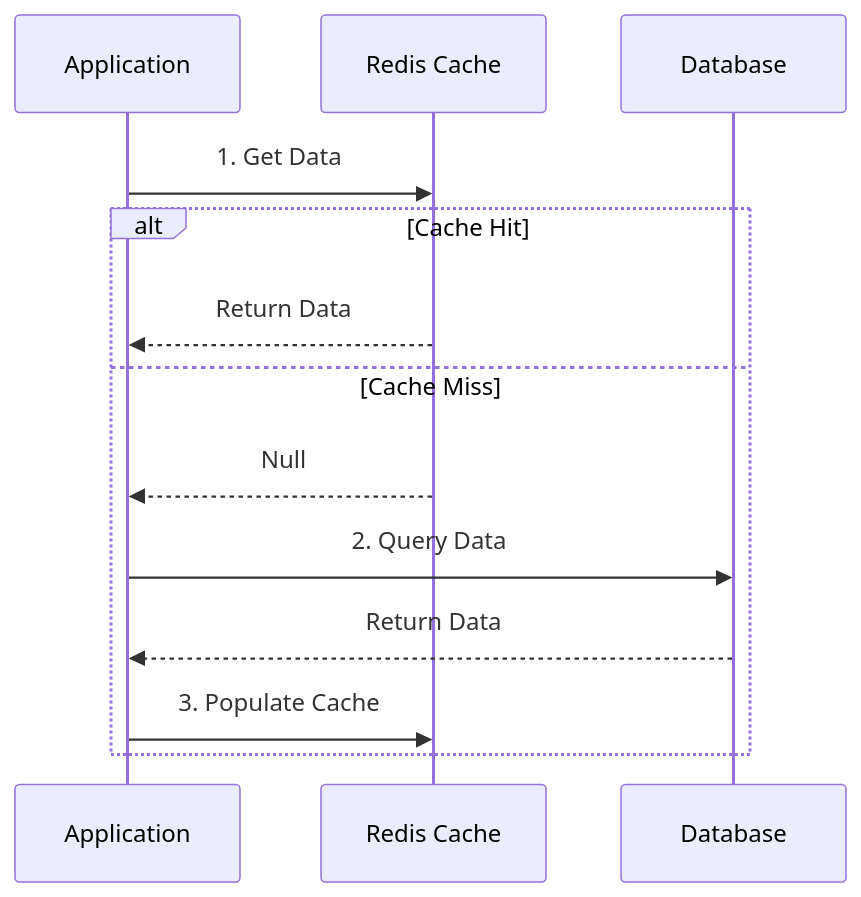
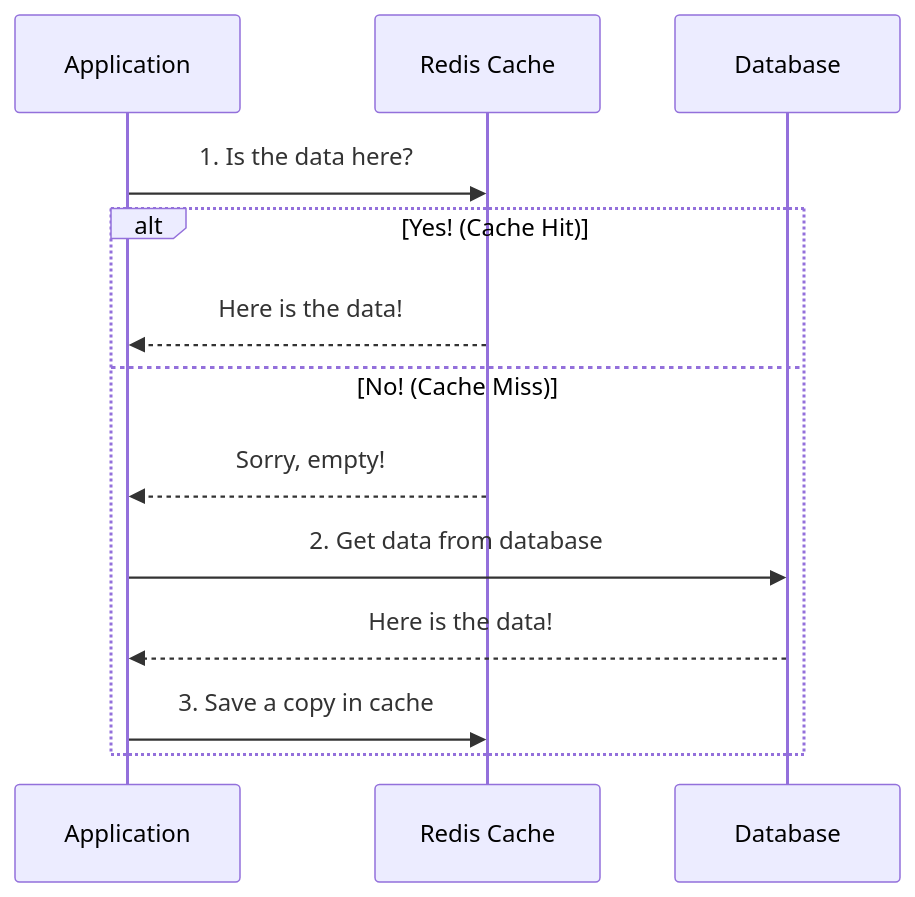
The second of 3 diagrams in basics/02_databases_caching.md (PKRacha/system-design), drawn with Mermaid before and after one commit. The commit also changed other lines of this file and 6 other files, not shown here.

````diff
--- a/basics/02_databases_caching.md
+++ b/basics/02_databases_caching.md
@@ -71,16 +64,16 @@
 ```mermaid
 sequenceDiagram
     participant App as Application
     participant Cache as Redis Cache
     participant DB as Database
     
-    App->>Cache: 1. Get Data
-    alt Cache Hit
-        Cache-->>App: Return Data
-    else Cache Miss
-        Cache-->>App: Null
-        App->>DB: 2. Query Data
-        DB-->>App: Return Data
-        App->>Cache: 3. Populate Cache
+    App->>Cache: 1. Is the data here?
+    alt Yes! (Cache Hit)
+        Cache-->>App: Here is the data!
+    else No! (Cache Miss)
+        Cache-->>App: Sorry, empty!
+        App->>DB: 2. Get data from database
+        DB-->>App: Here is the data!
+        App->>Cache: 3. Save a copy in cache
     end
 ```
````
